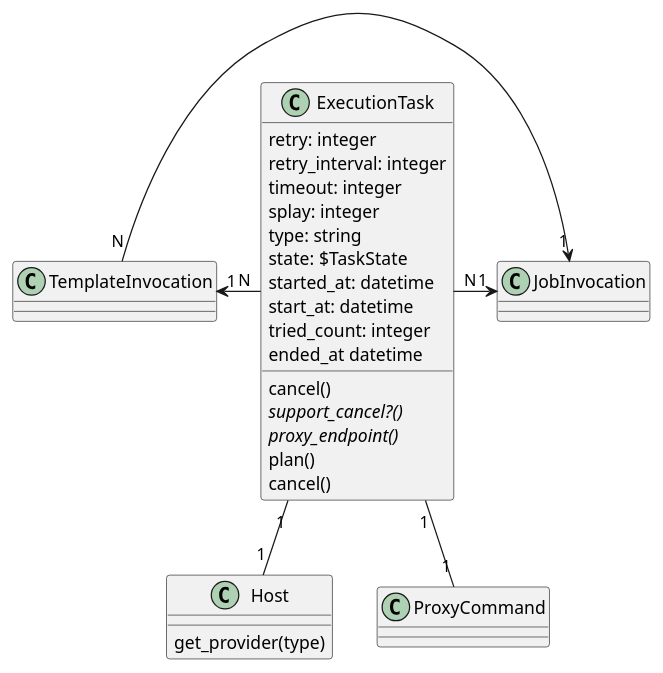
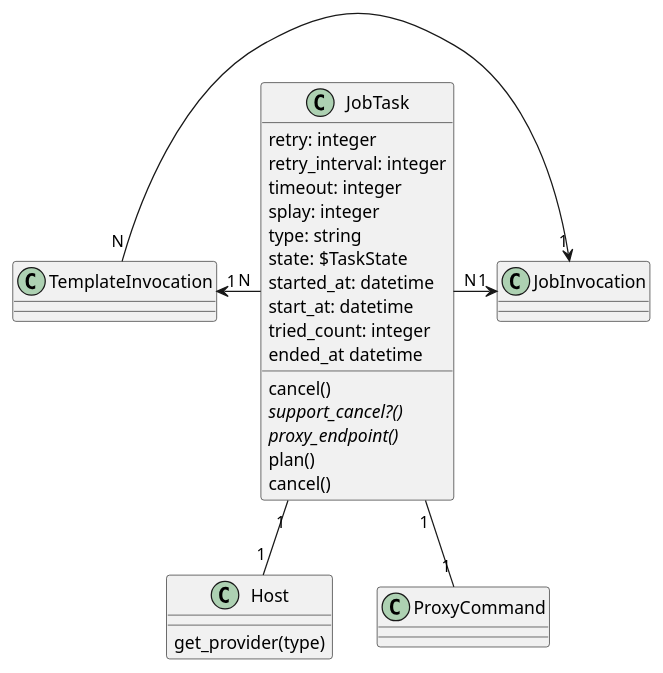
One commit to theforeman/foreman_remote_execution changed the ninth of 13 diagrams in doc/source/design/index.md. Above: the diagram before and after it, drawn with PlantUML. The commit also changed other lines of this file, not shown here.

Commit message:
Unify jobs vs. execution vs. command wording

```diff
--- a/doc/source/design/index.md
+++ b/doc/source/design/index.md
@@ -769,33 +705,33 @@
 {% plantuml %}
 
 class Host {
   get_provider(type)
 }
 
-class ExecutionTask {
+class JobTask {
   retry: integer
   retry_interval: integer
   timeout: integer
   splay: integer
   type: string
   state: $TaskState
   started_at: datetime
   start_at: datetime
   tried_count: integer
   ended_at datetime
   cancel()
   {abstract} support_cancel?()
   {abstract} proxy_endpoint()
   plan()
   cancel()
 }
 
 class ProxyCommand {
 }
 
-ExecutionTask "N" -> "1" JobInvocation
+JobTask "N" -> "1" JobInvocation
 TemplateInvocation "N" -> "1" JobInvocation
-TemplateInvocation "1" <- "N" ExecutionTask
-ExecutionTask "1" -- "1" ProxyCommand
-ExecutionTask "1" -- "1" Host
+TemplateInvocation "1" <- "N" JobTask
+JobTask "1" -- "1" ProxyCommand
+JobTask "1" -- "1" Host
 {% endplantuml %}
```
